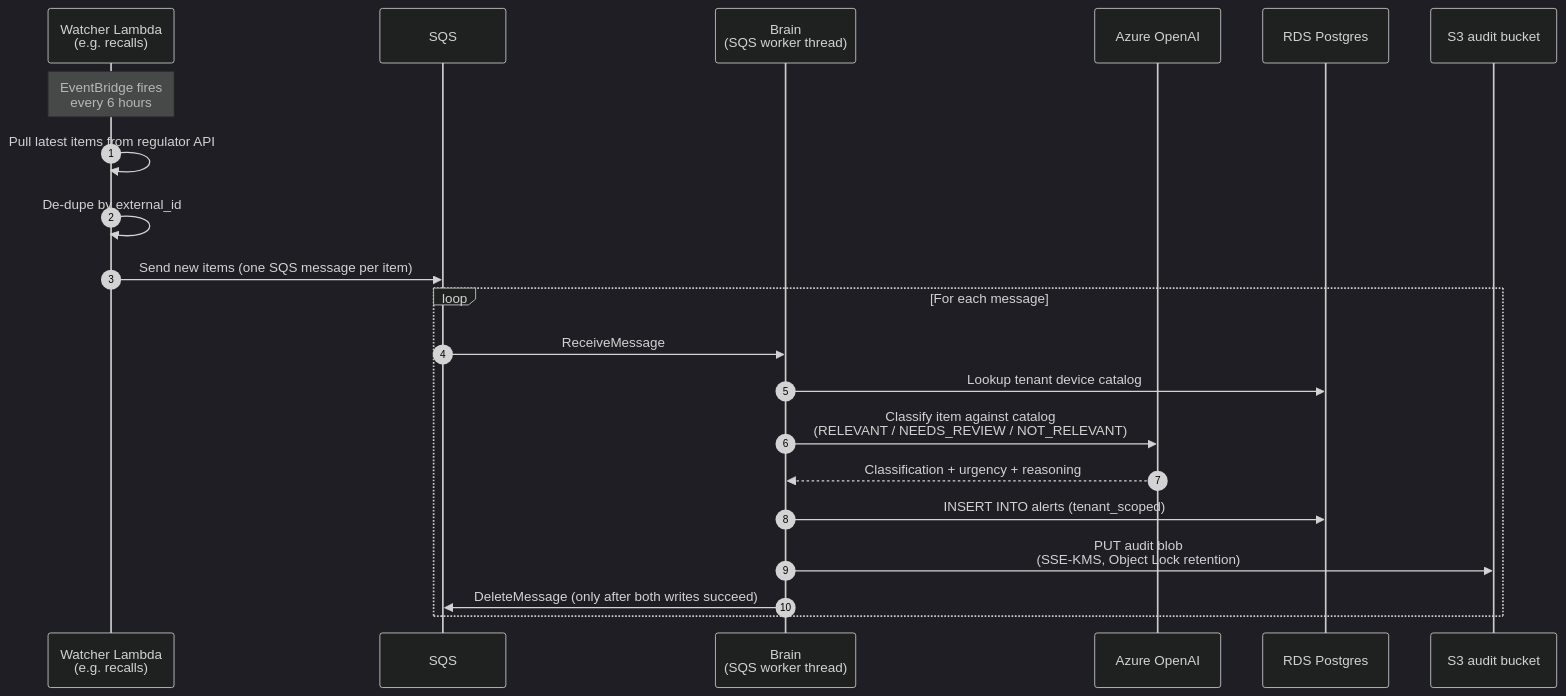
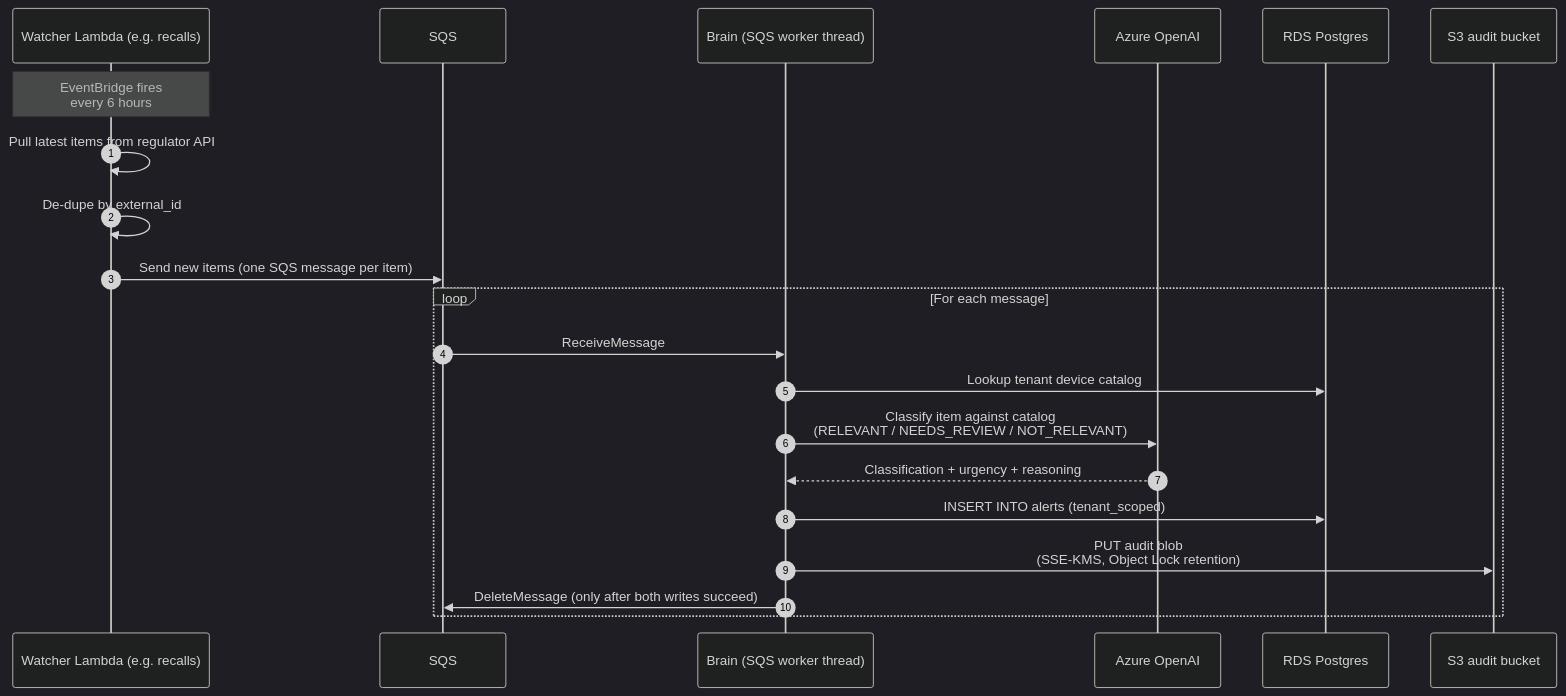
The second of 3 diagrams in docs/architecture.md (MEEKMILEZ/regops-sentinel), drawn with Mermaid (dark theme) before and after one commit. The commit also changed other lines of this file, not shown here.

Commit message:
fix(docs): remove <br/> from Mermaid participant labels
GitHub's Mermaid parser does not allow HTML tags inside 'participant X as ...' declarations - only inside Note/message text. The break tags caused 'Unable to render rich display' errors on the user-action-data-flow and watcher-pipeline sequence diagrams. Replaced <br/> with a space on 4 participant lines.

````diff
--- a/docs/architecture.md
+++ b/docs/architecture.md
@@ -97,25 +97,25 @@
 ```mermaid
 sequenceDiagram
     autonumber
-    participant W as Watcher Lambda<br/>(e.g. recalls)
+    participant W as Watcher Lambda (e.g. recalls)
     participant Q as SQS
-    participant B as Brain<br/>(SQS worker thread)
+    participant B as Brain (SQS worker thread)
     participant AI as Azure OpenAI
     participant DB as RDS Postgres
     participant S3 as S3 audit bucket
 
     Note over W: EventBridge fires<br/>every 6 hours
     W->>W: Pull latest items from regulator API
     W->>W: De-dupe by external_id
     W->>Q: Send new items (one SQS message per item)
 
     loop For each message
         Q->>B: ReceiveMessage
         B->>DB: Lookup tenant device catalog
         B->>AI: Classify item against catalog<br/>(RELEVANT / NEEDS_REVIEW / NOT_RELEVANT)
         AI-->>B: Classification + urgency + reasoning
         B->>DB: INSERT INTO alerts (tenant_scoped)
         B->>S3: PUT audit blob<br/>(SSE-KMS, Object Lock retention)
         B->>Q: DeleteMessage (only after both writes succeed)
     end
 ```
````
